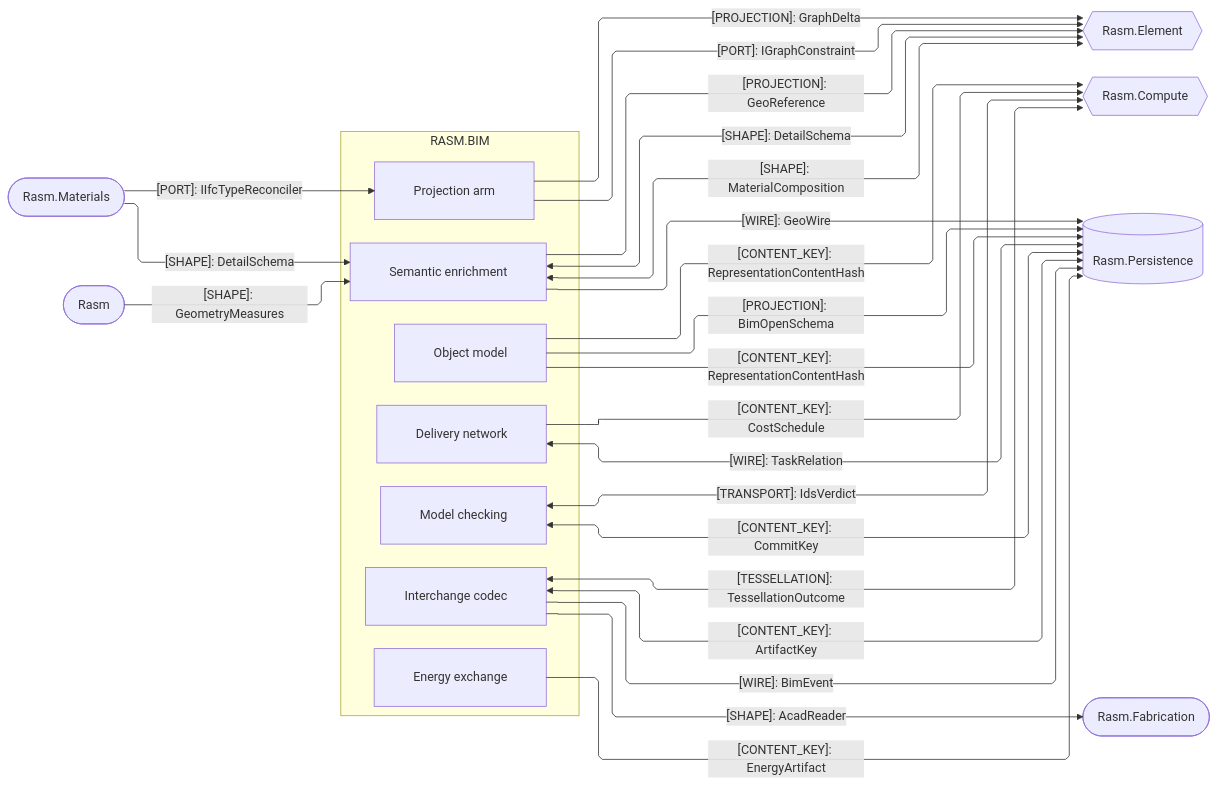
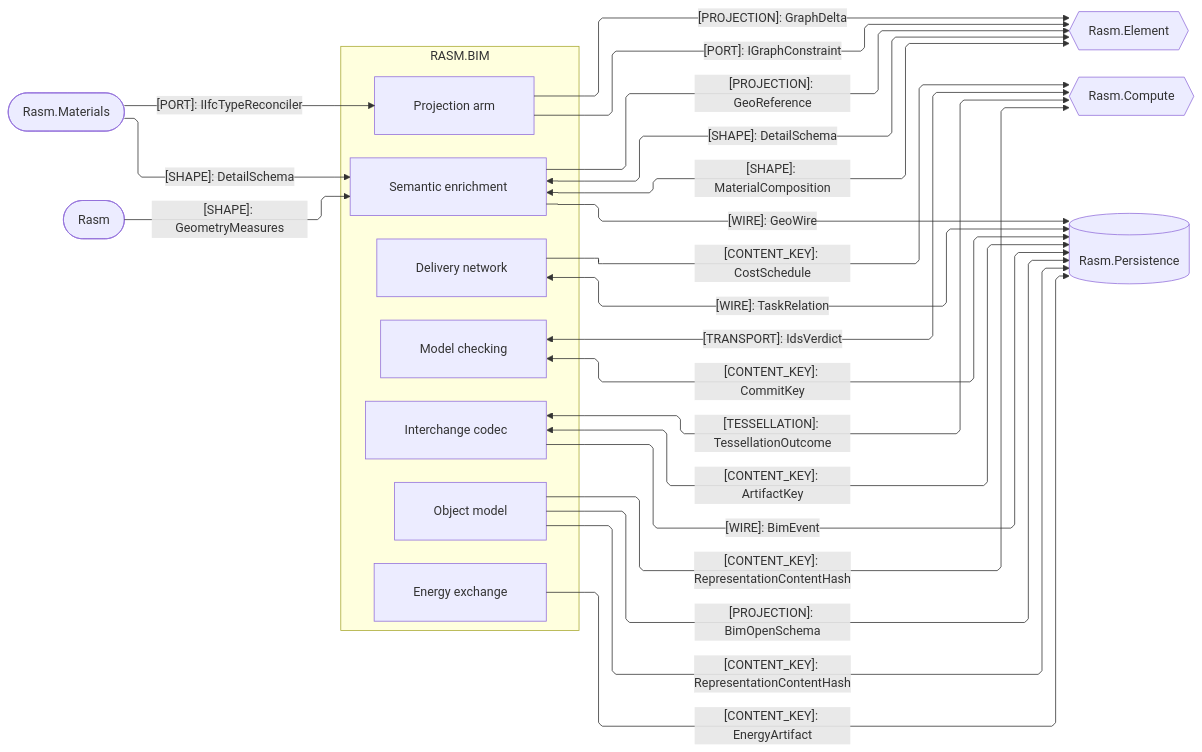
The second of 3 diagrams in libs/csharp/Rasm.Bim/ARCHITECTURE.md (bsamiee/Rasm), drawn with Mermaid before and after one commit. The commit also changed other lines of this file and 486 other files, not shown here.

````diff
--- a/libs/csharp/Rasm.Bim/ARCHITECTURE.md
+++ b/libs/csharp/Rasm.Bim/ARCHITECTURE.md
@@ -119,48 +119,46 @@
 ```mermaid
 ---
 config:
   layout: elk
   flowchart:
     curve: linear
     padding: 25
 ---
 flowchart LR
     accTitle: Bim same-branch domain and storage seams
-    accDescr: Bim sub-domain owners exchanging projections, content keys, and tessellation with the AEC peers Element, Materials, Fabrication, the kernel, Compute, and Persistence — one edge per contract family labeled by kind, bidirectional peers as hexagons, the store as a cylinder, one-way partners as stadiums.
+    accDescr: Bim sub-domain owners exchanging projections, content keys, and tessellation with the same-branch AEC peers and the durable store.
     subgraph bim[RASM.BIM]
         Projection[Projection arm]
         Model[Object model]
         Semantics[Semantic enrichment]
         Exchange[Interchange codec]
         Review[Model checking]
         Energy[Energy exchange]
         Planning[Delivery network]
     end
     Element{{Rasm.Element}}
     Compute{{Rasm.Compute}}
     Persistence[(Rasm.Persistence)]
     Materials([Rasm.Materials])
-    Fabrication([Rasm.Fabrication])
     Rasm([Rasm])
     Projection -->|"[PROJECTION]: GraphDelta"| Element
     Projection -->|"[PORT]: IGraphConstraint"| Element
     Semantics <-->|"[SHAPE]: DetailSchema"| Element
     Semantics <-->|"[SHAPE]: MaterialComposition"| Element
     Semantics -->|"[PROJECTION]: GeoReference"| Element
     Materials -->|"[PORT]: IIfcTypeReconciler"| Projection
     Materials -->|"[SHAPE]: DetailSchema"| Semantics
-    Exchange -->|"[SHAPE]: AcadReader"| Fabrication
     Rasm -->|"[SHAPE]: GeometryMeasures"| Semantics
     Model -->|"[CONTENT_KEY]: RepresentationContentHash"| Compute
     Exchange <-->|"[TESSELLATION]: TessellationOutcome"| Compute
     Review <-->|"[TRANSPORT]: IdsVerdict"| Compute
     Planning -->|"[CONTENT_KEY]: CostSchedule"| Compute
     Model -->|"[PROJECTION]: BimOpenSchema"| Persistence
     Model -->|"[CONTENT_KEY]: RepresentationContentHash"| Persistence
     Exchange <-->|"[CONTENT_KEY]: ArtifactKey"| Persistence
     Exchange -->|"[WIRE]: BimEvent"| Persistence
     Review <-->|"[CONTENT_KEY]: CommitKey"| Persistence
     Energy -->|"[CONTENT_KEY]: EnergyArtifact"| Persistence
     Planning <-->|"[WIRE]: TaskRelation"| Persistence
     Semantics -->|"[WIRE]: GeoWire"| Persistence
 ```
````
